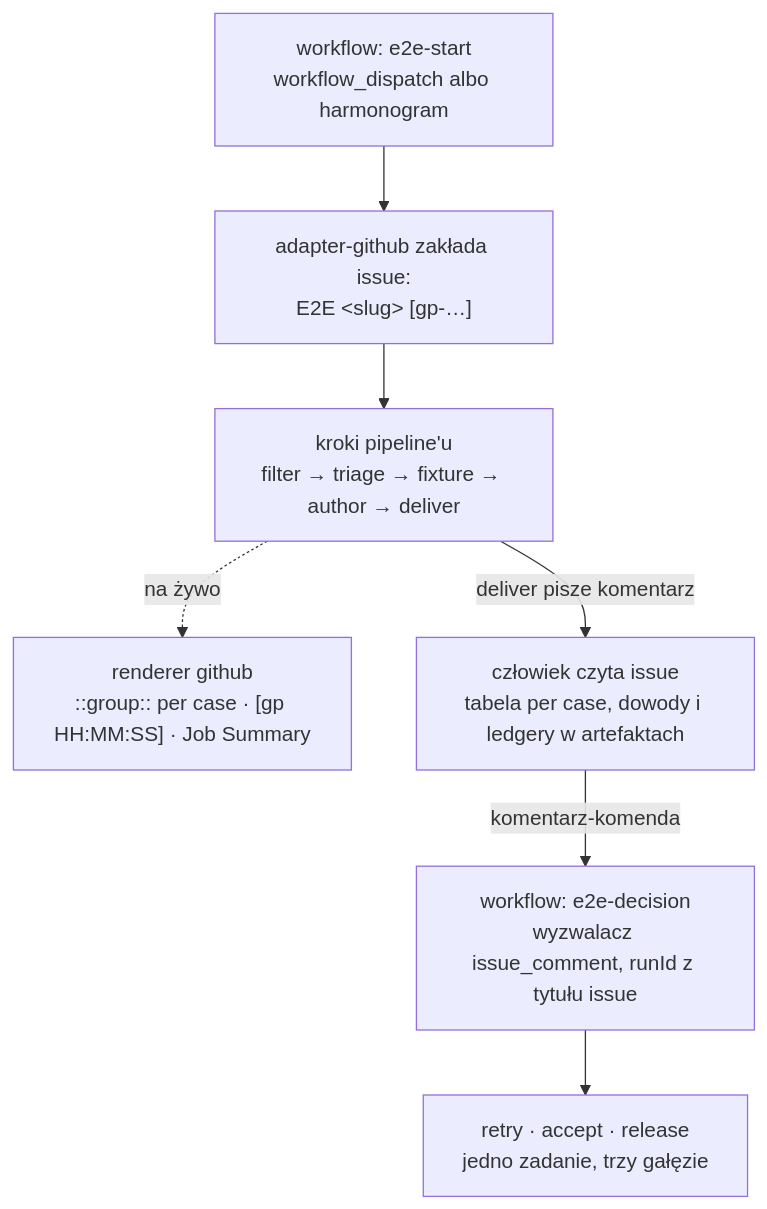
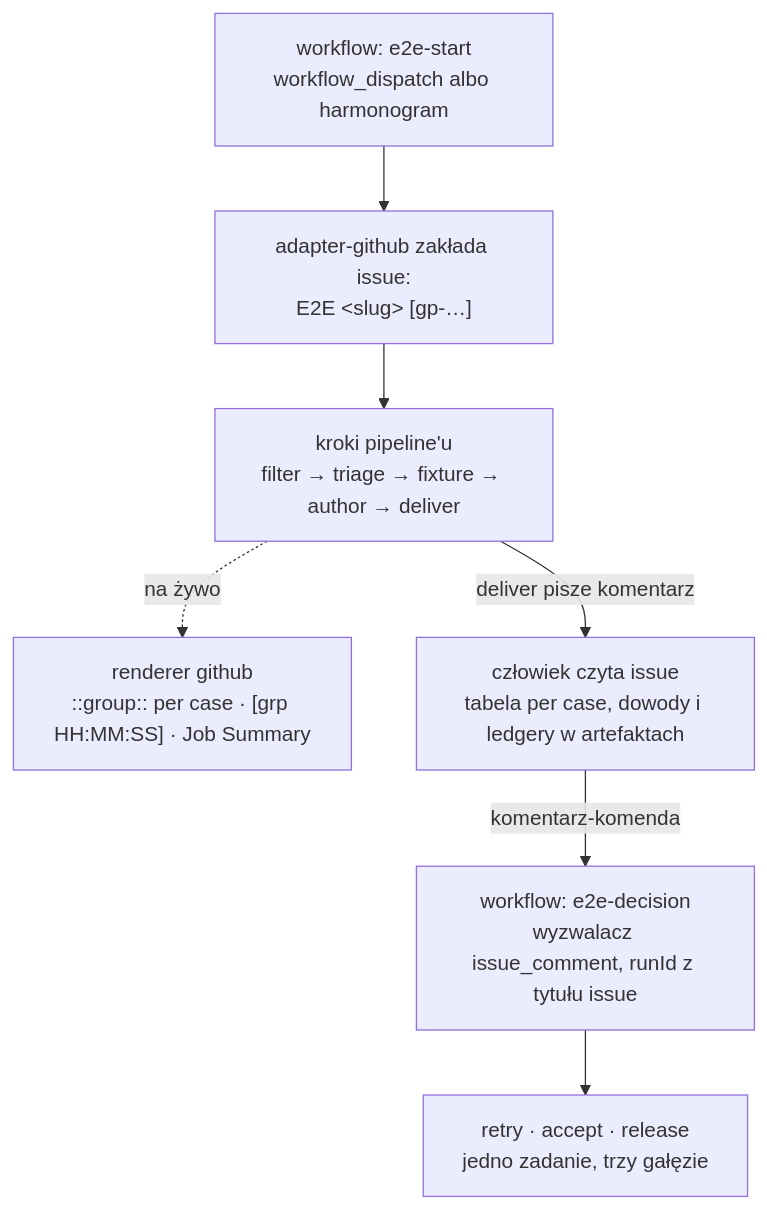
One commit to SymfoniaEnterprise/greenproof changed the fourth of 5 diagrams in ARCHITEKTURA.md. Above: the diagram before and after it, drawn with Mermaid. The commit also changed other lines of this file and 36 other files, not shown here.

````diff
--- a/ARCHITEKTURA.md
+++ b/ARCHITEKTURA.md
@@ -177,15 +177,15 @@
 ```mermaid
 flowchart TD
     ST["workflow: e2e-start<br/>workflow_dispatch albo harmonogram"]
     ISS["adapter-github zakłada issue:<br/>E2E &lt;slug&gt; [gp-…]"]
     KR["kroki pipeline'u<br/>filter → triage → fixture → author → deliver"]
-    REN["renderer github<br/>::group:: per case · [gp HH:MM:SS] · Job Summary"]
+    REN["renderer github<br/>::group:: per case · [grp HH:MM:SS] · Job Summary"]
     CZL["człowiek czyta issue<br/>tabela per case, dowody i ledgery w artefaktach"]
     DEC["workflow: e2e-decision<br/>wyzwalacz issue_comment, runId z tytułu issue"]
     AKC["retry · accept · release<br/>jedno zadanie, trzy gałęzie"]
 
     ST --> ISS --> KR
     KR -.->|na żywo| REN
     KR -->|deliver pisze komentarz| CZL
     CZL -->|komentarz-komenda| DEC --> AKC
 ```
````
